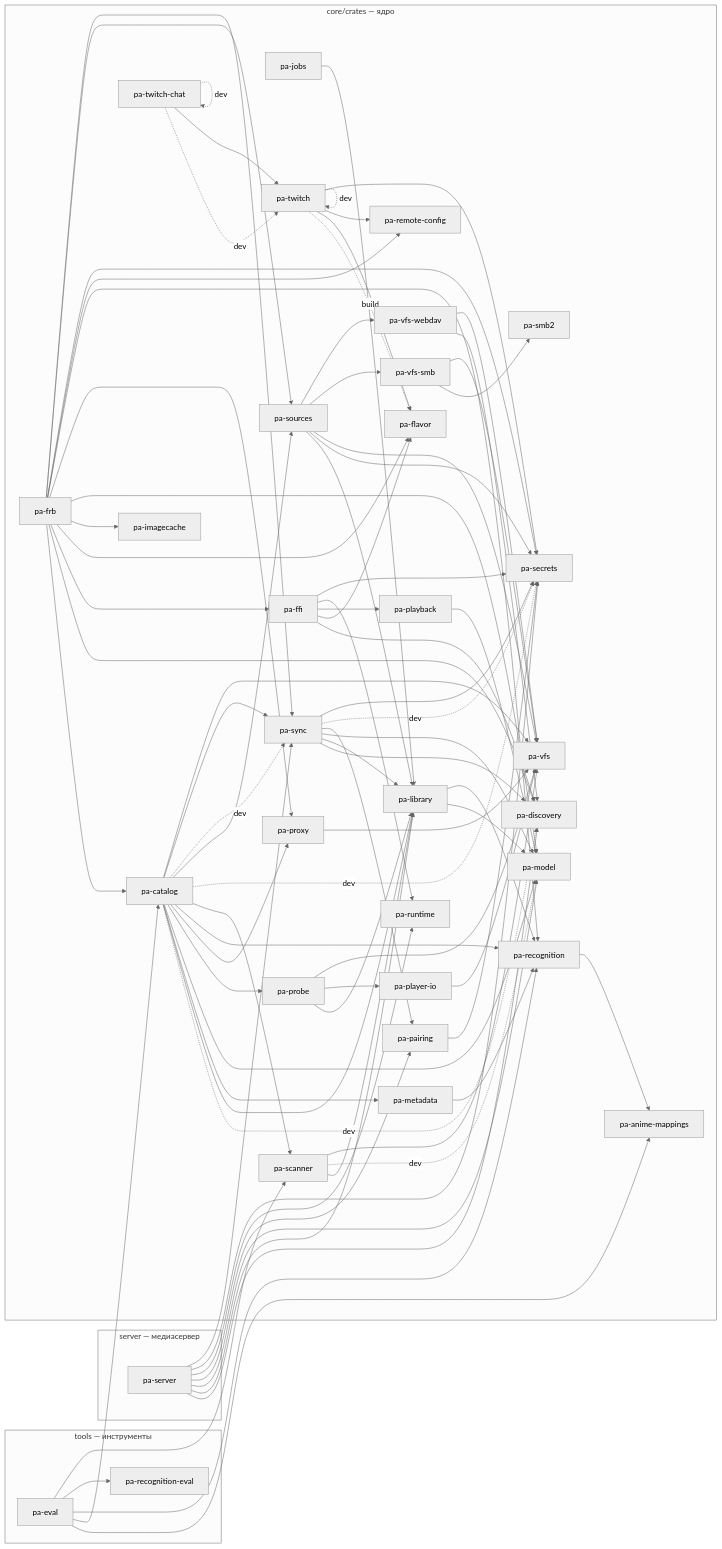
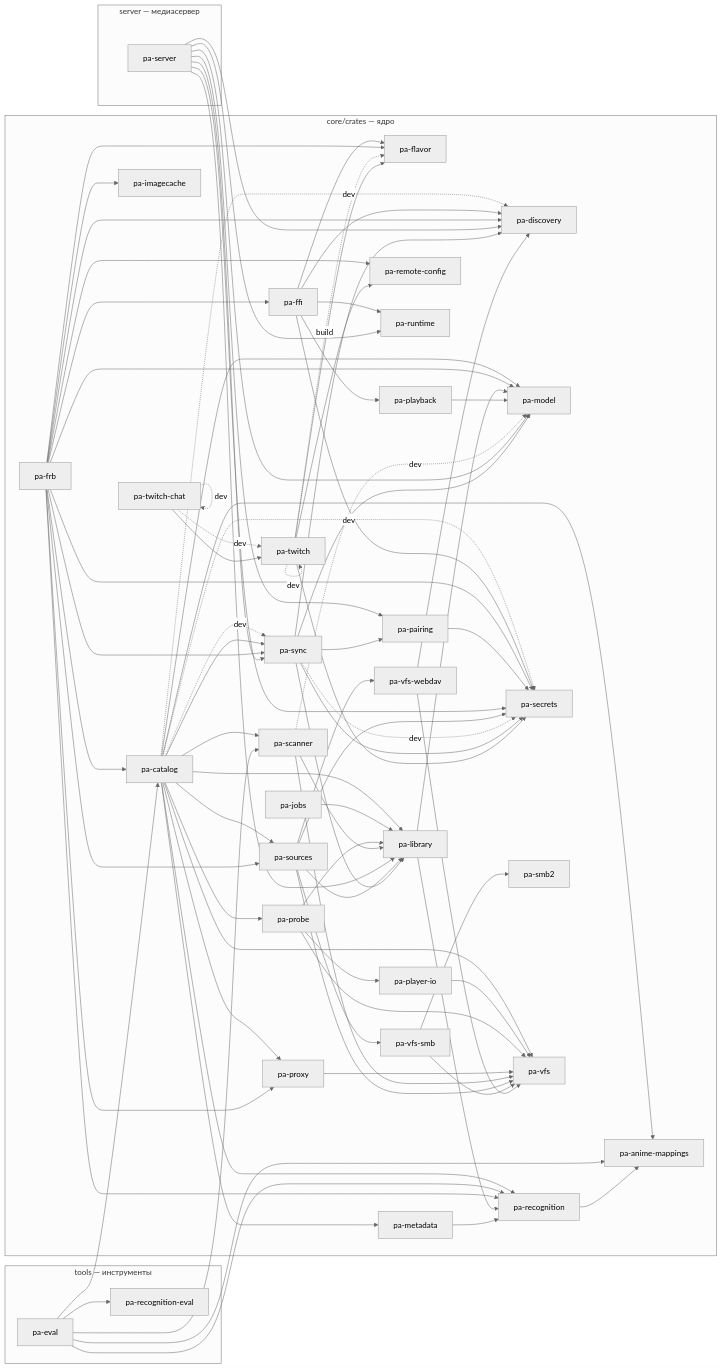
Before and after one commit to DenisHumen/kinolune: the diagram in docs/dev/crate-graph.md, drawn with Mermaid (neutral theme).

Commit message:
Merge main; assign ADR numbers

```diff
--- a/docs/dev/crate-graph.md
+++ b/docs/dev/crate-graph.md
@@ -49,6 +49,7 @@
     pa_eval["pa-eval"]
     pa_recognition_eval["pa-recognition-eval"]
   end
+  pa_catalog --> pa_anime_mappings
   pa_catalog -. dev .-> pa_discovery
   pa_catalog --> pa_library
   pa_catalog --> pa_metadata
```
